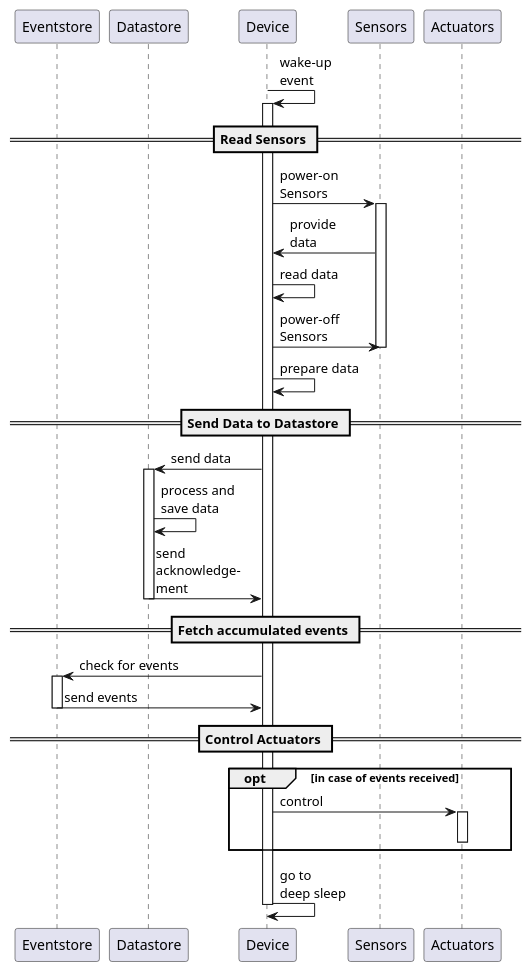
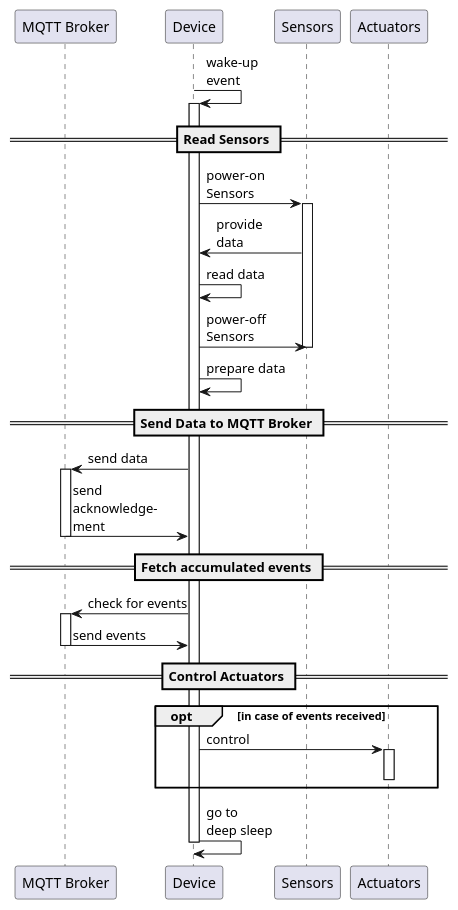
Before and after one commit to frederikheld/pot-pourri: the diagram in docs/device_pot-monitoring-wifi_sequence.plantuml, drawn with PlantUML. The commit also changed 3 other files, not shown here.

```diff
--- a/docs/device_pot-monitoring-wifi_sequence.plantuml
+++ b/docs/device_pot-monitoring-wifi_sequence.plantuml
@@ -1,53 +1,51 @@
-@startuml
+@startuml Wifi Device Flowchart
 skinparam componentStyle uml2
 
-participant "Eventstore"
-participant "Datastore"
+participant "MQTT Broker"
 participant "Device"
 participant "Sensors"
 participant "Actuators"
 
 Device -> Device: wake-up\nevent
 Activate Device
 
 == Read Sensors ==
 
 Device -> Sensors: power-on\nSensors
 Activate Sensors
 Sensors -> Device: provide\ndata
 Device -> Device: read data
 Device -> Sensors: power-off\nSensors
 Deactivate Sensors
 
 Device -> Device: prepare data
 
-== Send Data to Datastore ==
+== Send Data to MQTT Broker ==
 
-Device -> Datastore: send data
+Device -> "MQTT Broker": send data
 
-Activate Datastore
-Datastore -> Datastore: process and\nsave data
-Datastore -> Device: send\nacknowledge-\nment
-Deactivate Datastore
+Activate "MQTT Broker"
+"MQTT Broker" -> Device: send\nacknowledge-\nment
+Deactivate "MQTT Broker"
 
 == Fetch accumulated events ==
 
-Device -> Eventstore: check for events
-Activate Eventstore
-Eventstore -> Device: send events
-Deactivate Eventstore
+Device -> "MQTT Broker": check for events
+Activate "MQTT Broker"
+"MQTT Broker" -> Device: send events
+Deactivate "MQTT Broker"
 
 == Control Actuators ==
 
 opt in case of events received
     
     Device -> Actuators: control
     Activate Actuators
     Deactivate Actuators
 
 end
 
 Device -> Device: go to\ndeep sleep
 Deactivate Device
 
 @enduml
```
